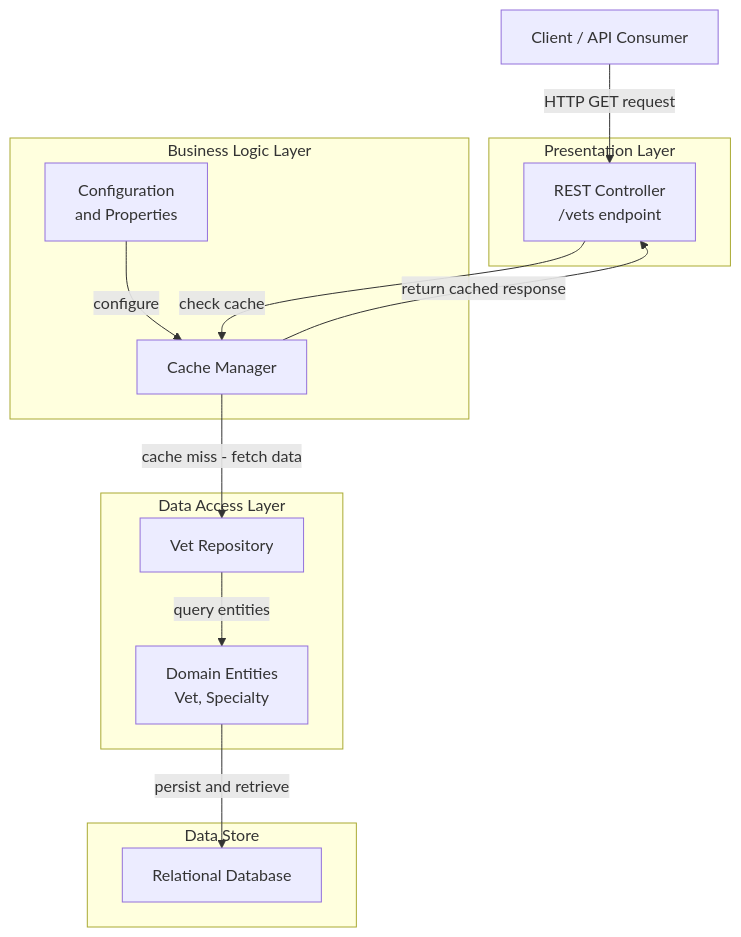
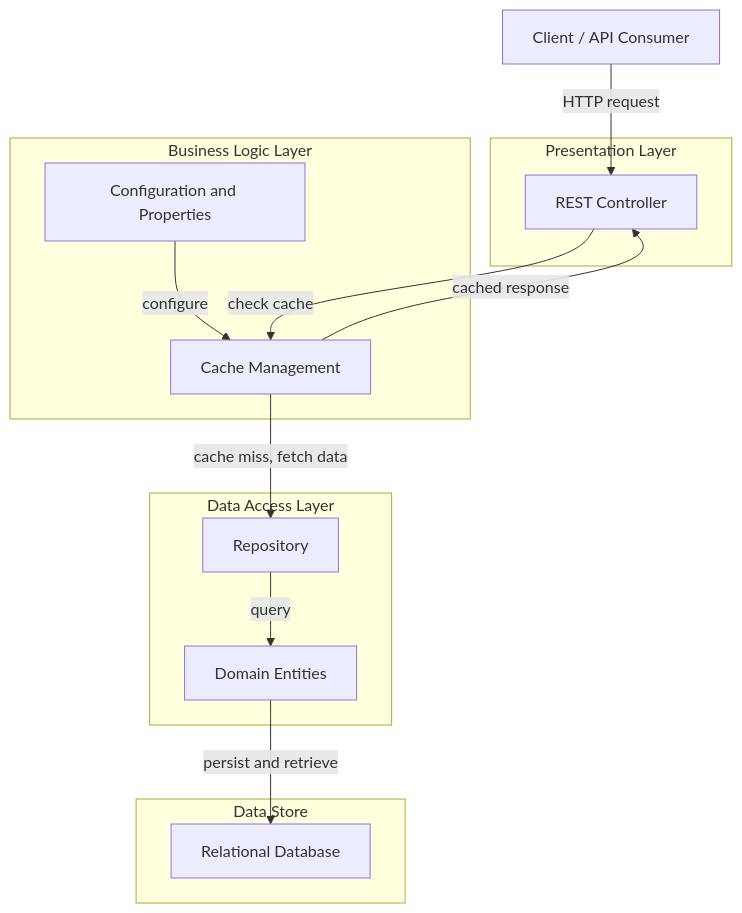
One commit to zhoufenqin/spring-petclinic-microservices-vet-service changed the diagram in .github/modernize/architecture-diagram.md. Above: the diagram before and after it, drawn with Mermaid. The commit also changed other lines of this file and 2 other files, not shown here.

Commit message:
Generate assessment report and architecture diagram

````diff
--- a/.github/modernize/architecture-diagram.md
+++ b/.github/modernize/architecture-diagram.md
@@ -9,30 +9,30 @@
 ```mermaid
 graph TD
     Client["Client / API Consumer"]
 
     subgraph Presentation["Presentation Layer"]
-        REST["REST Controller\n/vets endpoint"]
+        REST["REST Controller"]
     end
 
     subgraph BusinessLogic["Business Logic Layer"]
-        Cache["Cache Manager"]
-        Config["Configuration\nand Properties"]
+        Cache["Cache Management"]
+        Config["Configuration and Properties"]
     end
 
     subgraph DataAccess["Data Access Layer"]
-        Repository["Vet Repository"]
-        Entities["Domain Entities\nVet, Specialty"]
+        Repository["Repository"]
+        Entities["Domain Entities"]
     end
 
     subgraph DataStore["Data Store"]
         DB["Relational Database"]
     end
 
-    Client -->|"HTTP GET request"| REST
+    Client -->|"HTTP request"| REST
     REST -->|"check cache"| Cache
-    Cache -->|"cache miss - fetch data"| Repository
-    Repository -->|"query entities"| Entities
+    Cache -->|"cache miss, fetch data"| Repository
+    Repository -->|"query"| Entities
     Entities -->|"persist and retrieve"| DB
-    Cache -->|"return cached response"| REST
+    Cache -->|"cached response"| REST
     Config -->|"configure"| Cache
 ```
````
